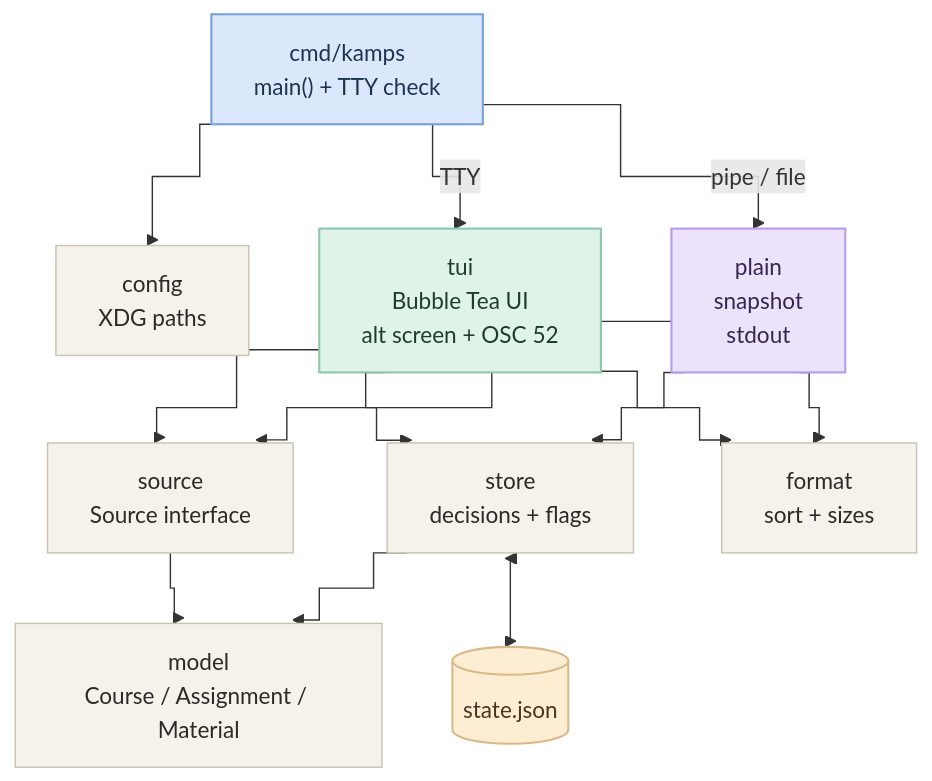
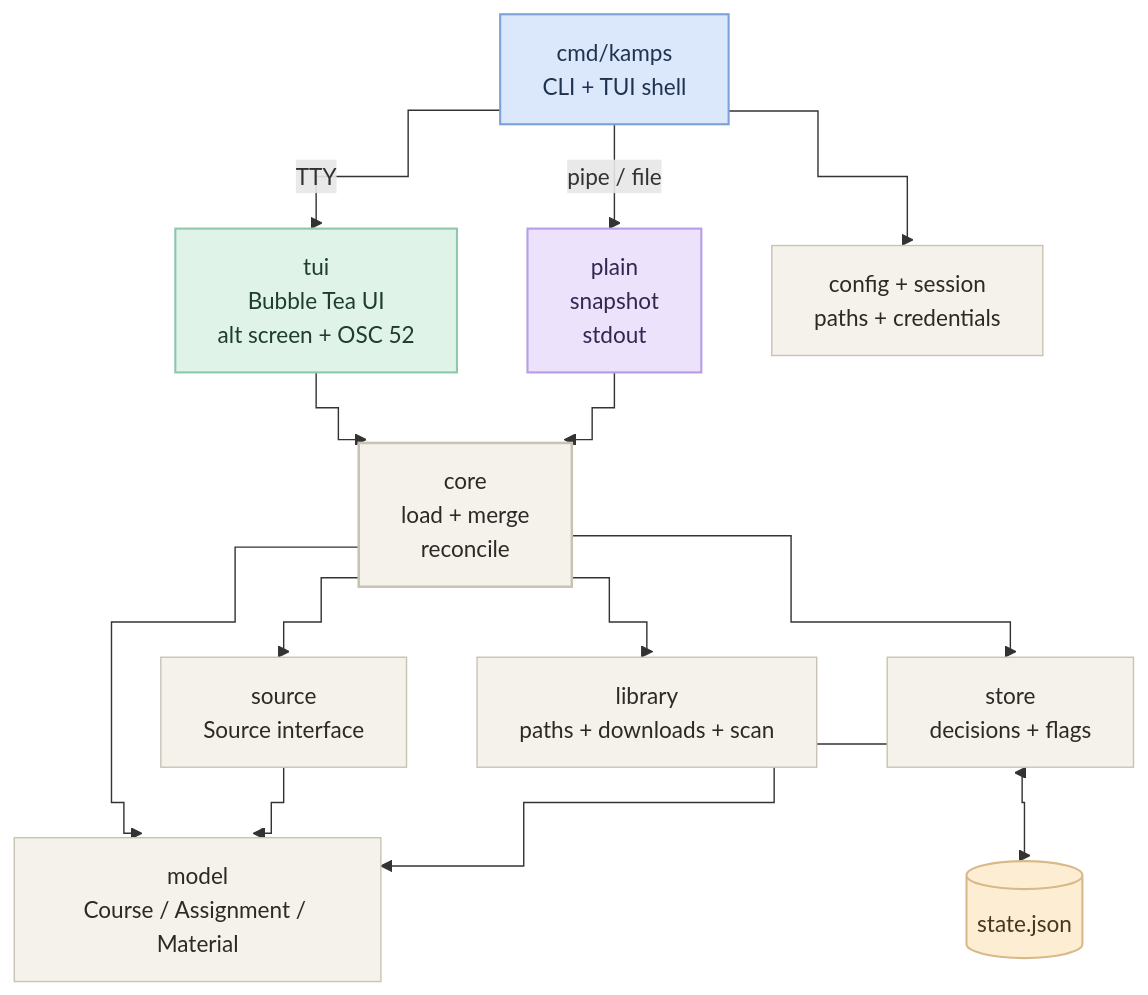
One commit to dannhan/kamps changed the diagram in docs/architecture.md. Above: the diagram before and after it, drawn with Mermaid. The commit also changed other lines of this file and 19 other files, not shown here.

First line of the commit message:
refactor(core): extract the shared load pipeline

````diff
--- a/docs/architecture.md
+++ b/docs/architecture.md
@@ -18,38 +19,41 @@
 ```mermaid
 %%{init: {"flowchart": {"curve": "step"}}}%%
 flowchart TB
-    Main["cmd/kamps<br/>main() + TTY check"]
-    Cfg["config<br/>XDG paths"]
+    Main["cmd/kamps<br/>CLI + TUI shell"]
+    Core["core<br/>load + merge<br/>reconcile"]
     TUI["tui<br/>Bubble Tea UI<br/>alt screen + OSC 52"]
     Plain["plain<br/>snapshot<br/>stdout"]
     Source["source<br/>Source interface"]
     Store["store<br/>decisions + flags"]
+    Lib["library<br/>paths + downloads + scan"]
     Model["model<br/>Course / Assignment / Material"]
-    Format["format<br/>sort + sizes"]
+    Cfg["config + session<br/>paths + credentials"]
     Disk[("state.json")]
 
     Main --> Cfg
     Main -->|TTY| TUI
     Main -->|pipe / file| Plain
-    TUI --> Source
-    TUI --> Store
-    TUI --> Format
-    Plain --> Source
-    Plain --> Store
-    Plain --> Format
+    TUI --> Core
+    Plain --> Core
+    Core --> Source
+    Core --> Store
+    Core --> Lib
+    Core --> Model
     Source --> Model
     Store --> Model
     Store <--> Disk
 
     classDef entry fill:#dbe8fb,stroke:#7aa2d6,stroke-width:1.5px,color:#1f3350
+    classDef corec fill:#f4f2ea,stroke:#c9c3b4,stroke-width:1.8px,color:#2b2a26
     classDef interactive fill:#dff3e8,stroke:#8fc7ad,stroke-width:1.5px,color:#1f3d2f
     classDef snapshot fill:#ece2fb,stroke:#b79ce8,stroke-width:1.5px,color:#352650
     classDef pkg fill:#f4f2ea,stroke:#c9c3b4,color:#2b2a26
     classDef state fill:#fdeed3,stroke:#d9b98a,stroke-width:1.5px,color:#4a3520
 
     class Main entry
+    class Core corec
     class TUI interactive
     class Plain snapshot
-    class Cfg,Source,Store,Model,Format pkg
+    class Source,Store,Lib,Model,Cfg pkg
     class Disk state
 ```
````
